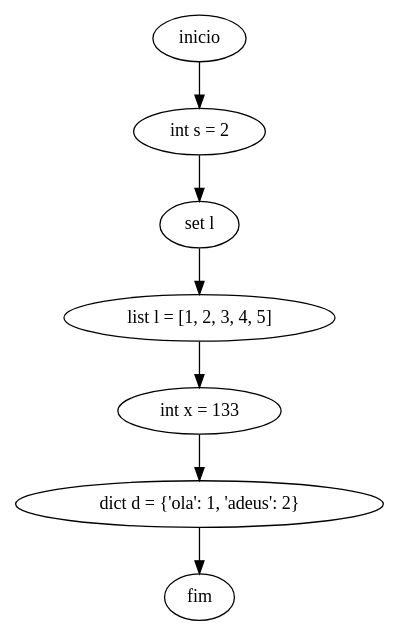
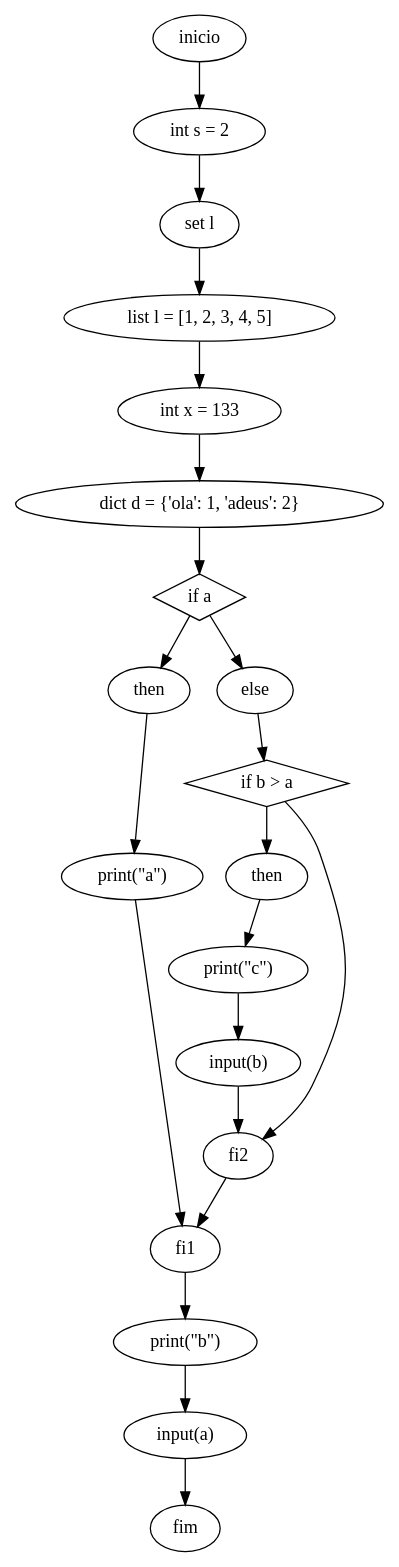
One commit to joaoprp111/TP-EngenhariaGramatical-2022 changed the diagram in TP3/cfg.dot. Above: the diagram before and after it, drawn with Graphviz. The commit also changed 4 other files, not shown here.

```diff
--- a/TP3/cfg.dot
+++ b/TP3/cfg.dot
@@ -1,15 +1,41 @@
 digraph cfg {
 	0 [label=inicio]
 	1 [label="int s = 2"]
 	0 -> 1
 	2 [label="set l"]
 	1 -> 2
 	3 [label="list l = [1, 2, 3, 4, 5]"]
 	2 -> 3
 	4 [label="int x = 133"]
 	3 -> 4
 	5 [label="dict d = {'ola': 1, 'adeus': 2}"]
 	4 -> 5
-	6 [label=fim]
+	6 [label="if a" shape=diamond]
+	7 [label=then]
+	6 -> 7
+	8 [label=fi1]
+	9 [label="print(\"a\")"]
+	7 -> 9
+	9 -> 8
+	10 [label=else]
+	6 -> 10
+	11 [label="if b > a" shape=diamond]
+	12 [label=then]
+	11 -> 12
+	13 [label=fi2]
+	14 [label="print(\"c\")"]
+	12 -> 14
+	15 [label="input(b)"]
+	14 -> 15
+	15 -> 13
+	10 -> 11
+	11 -> 13
+	13 -> 8
 	5 -> 6
+	16 [label="print(\"b\")"]
+	8 -> 16
+	17 [label="input(a)"]
+	16 -> 17
+	18 [label=fim]
+	17 -> 18
 }
```
